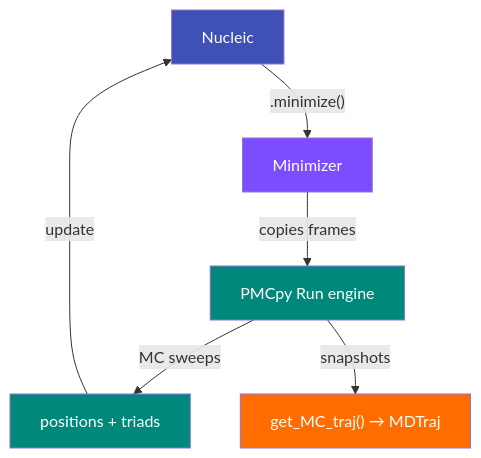
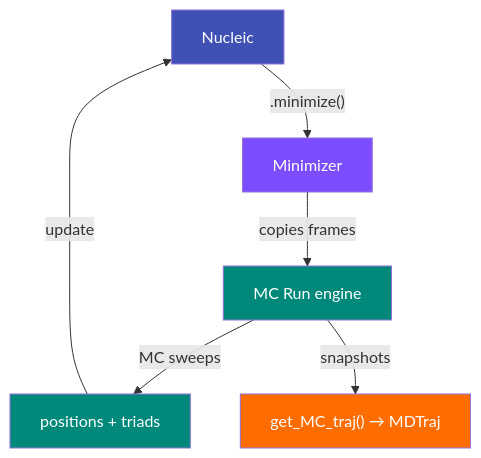
The second of 2 diagrams in docs/concepts/minimization.md (Heezch/mdna), drawn with Mermaid before and after one commit. The commit also changed other lines of this file and 257 other files, not shown here.

````diff
--- a/docs/concepts/minimization.md
+++ b/docs/concepts/minimization.md
@@ -111,13 +112,13 @@
 ```mermaid
 flowchart TD
     N["Nucleic"] -->|".minimize()"| M["Minimizer"]
-    M -->|"copies frames"| MC["PMCpy Run engine"]
+    M -->|"copies frames"| MC["MC Run engine"]
     MC -->|"MC sweeps"| OUT["positions + triads"]
     OUT -->|"update"| N
     MC -->|"snapshots"| TRAJ["get_MC_traj() → MDTraj"]
     style N fill:#4051b5,color:#fff
     style M fill:#7c4dff,color:#fff
     style MC fill:#00897b,color:#fff
     style OUT fill:#00897b,color:#fff
     style TRAJ fill:#ff6d00,color:#fff
 ```
````
